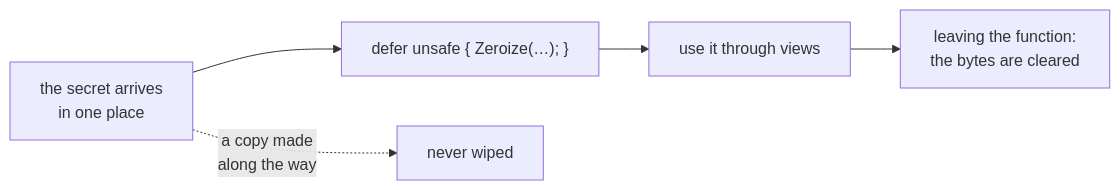
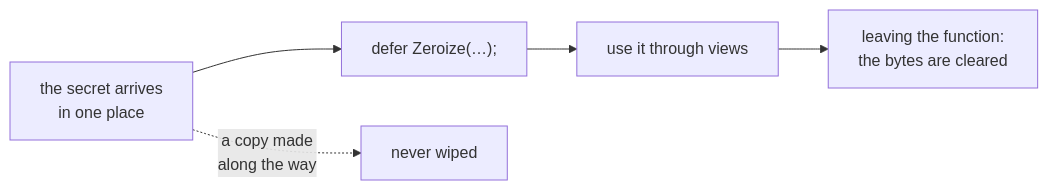
The diagram in content/docs/1.learn/15.memory/14.zeroize.md (rux-lang/Web), drawn with Mermaid before and after one commit. The commit also changed other lines of this file and 38 other files, not shown here.

````diff
--- a/content/docs/1.learn/15.memory/14.zeroize.md
+++ b/content/docs/1.learn/15.memory/14.zeroize.md
@@ -57,7 +57,7 @@
 ```mermaid
 flowchart LR
-    arrive["the secret arrives<br/>in one place"] --> d["`defer unsafe { Zeroize(…); }`"]
+    arrive["the secret arrives<br/>in one place"] --> d["`defer Zeroize(…);`"]
     d --> use["use it through views"]
     use --> wipe["leaving the function:<br/>the bytes are cleared"]
     arrive -. "a copy made<br/>along the way" .-> copy["never wiped"]
 ```
````
